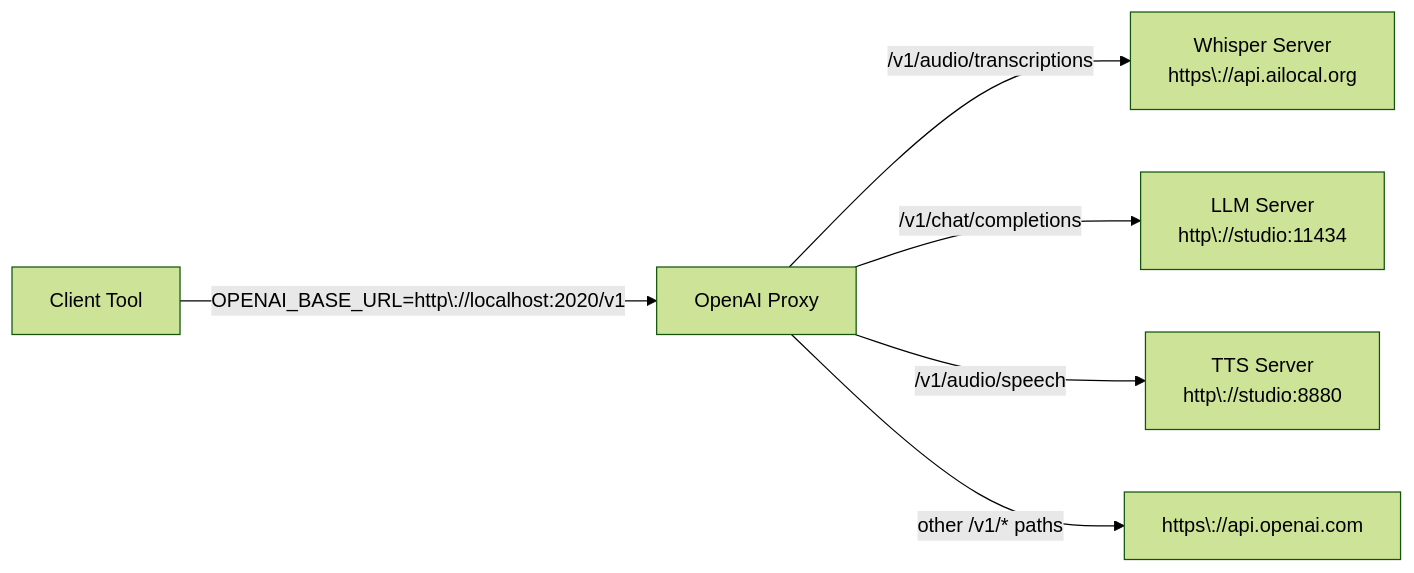
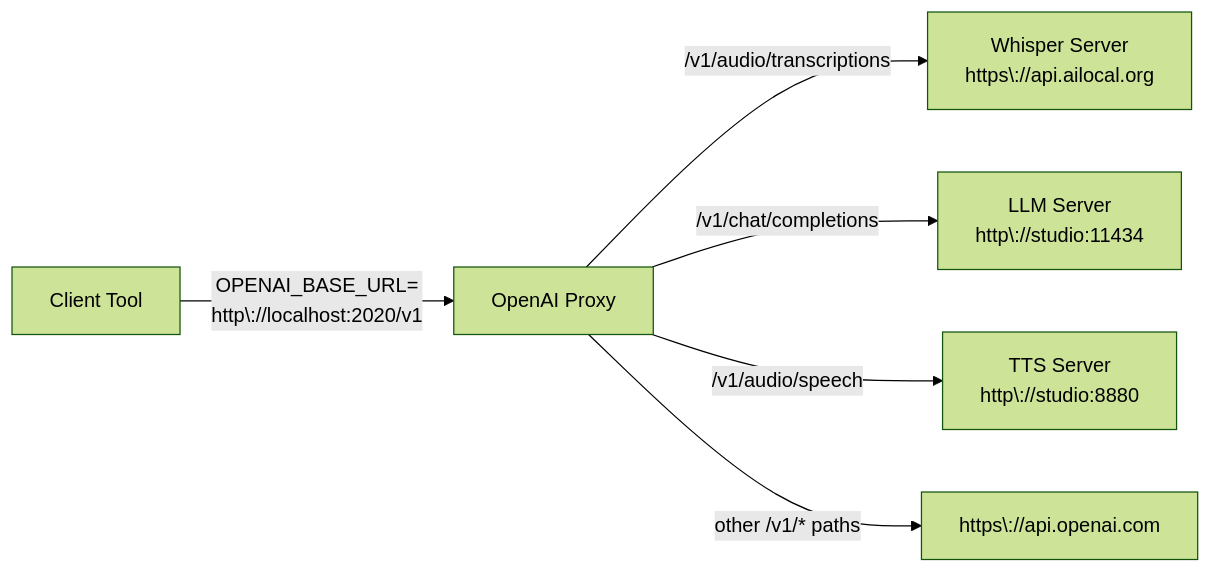
The diagram in docs/architecture.mmd (ailocal/openai-proxy), drawn with Mermaid (forest theme) before and after one commit. The commit also changed 1 other file, not shown here.

Commit message:
docs: Update architecture diagram with line break in URL

```diff
--- a/docs/architecture.mmd
+++ b/docs/architecture.mmd
@@ -1,7 +1,7 @@
 graph LR
-    A["Client Tool"] -->|"OPENAI_BASE_URL=http\://localhost:2020/v1"| B["OpenAI Proxy"]
+    A["Client Tool"] -->|"OPENAI_BASE_URL=<br/>http\://localhost:2020/v1"| B["OpenAI Proxy"]
     
     B -->|"/v1/audio/transcriptions"| C["Whisper Server<br/>https\://api.ailocal.org"]
     B -->|"/v1/chat/completions"| D["LLM Server<br/>http\://studio:11434"]
     B -->|"/v1/audio/speech"| E["TTS Server<br/>http\://studio:8880"]
     B -->|"other /v1/* paths"| F["https\://api.openai.com"]
```
